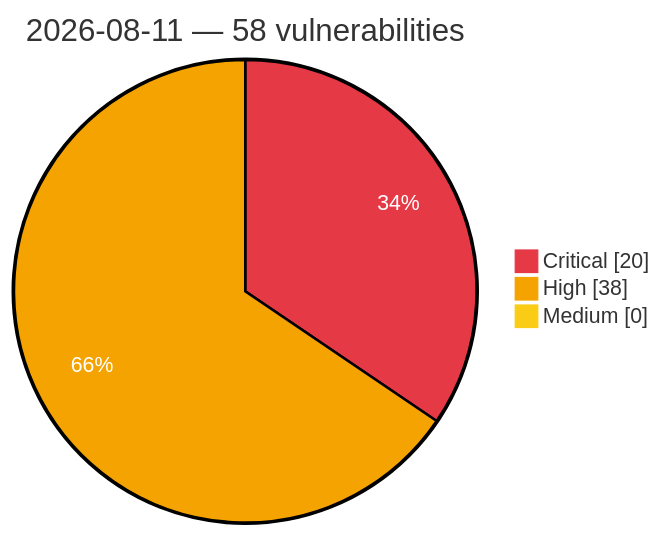
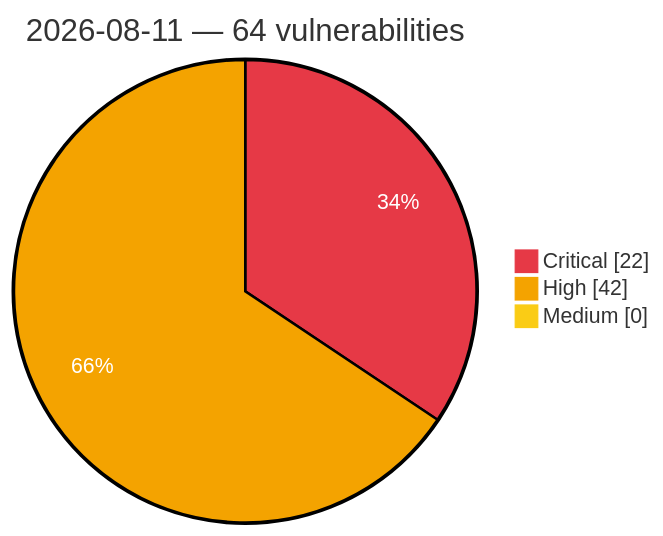
One commit to GhostX0X/vuln-tracker changed the diagram in vulnerabilities/2026/August/2026-08-11.md. Above: the diagram before and after it, drawn with Mermaid. The commit also changed other lines of this file and 5 other files, not shown here.

Commit message:
Auto update: critical/high vulns (2026-08-11 17:11 UTC)

````diff
--- a/vulnerabilities/2026/August/2026-08-11.md
+++ b/vulnerabilities/2026/August/2026-08-11.md
@@ -3,8 +3,8 @@
 ```mermaid
 %%{init: {'theme':'base', 'themeVariables': {'pie1':'#e63946', 'pie2':'#f4a300', 'pie3':'#facc15', 'pieOpacity':'1', 'pieOuterStrokeWidth':'2px', 'pieSectionTextColor':'#ffffff'}}}%%
 pie showData
-    title 2026-08-11 — 58 vulnerabilities
-    "Critical" : 20
-    "High" : 38
+    title 2026-08-11 — 64 vulnerabilities
+    "Critical" : 22
+    "High" : 42
     "Medium" : 0
 ```
````
